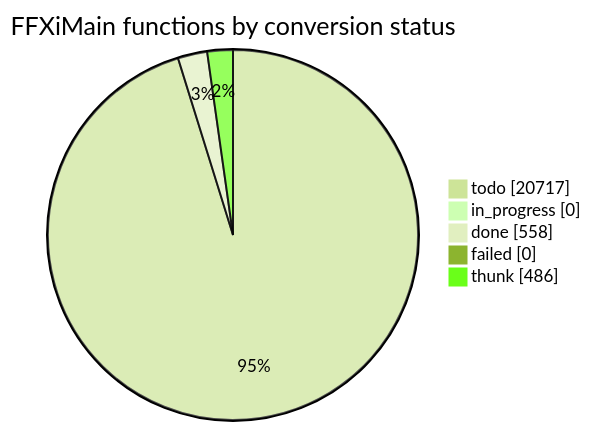
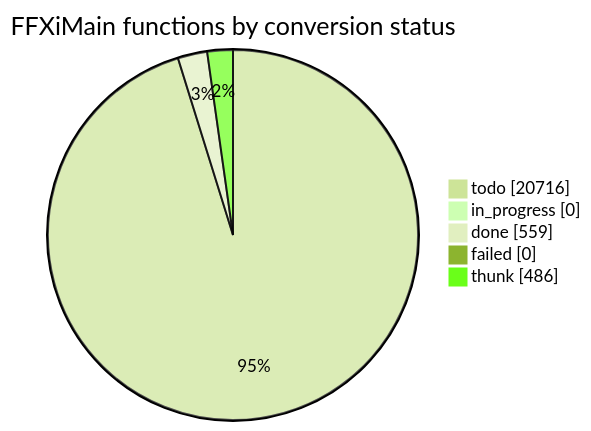
The diagram in docs/cow/STATUS.md (cowrevenge/cow_kuluu_xi_anything), drawn with Mermaid (forest theme) before and after one commit. The commit also changed other lines of this file and 9 other files, not shown here.

````diff
--- a/docs/cow/STATUS.md
+++ b/docs/cow/STATUS.md
@@ -18,9 +18,9 @@
 ```mermaid
 pie showData
     title FFXiMain functions by conversion status
-    "todo" : 20717
+    "todo" : 20716
     "in_progress" : 0
-    "done" : 558
+    "done" : 559
     "failed" : 0
     "thunk" : 486
 ```
````
